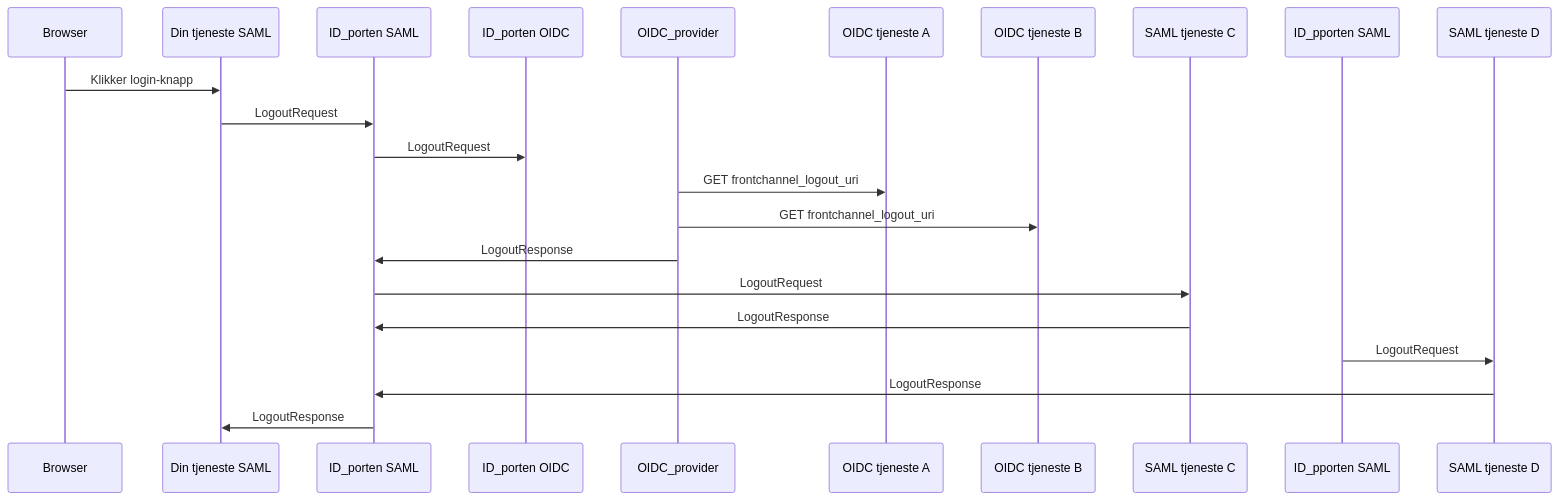
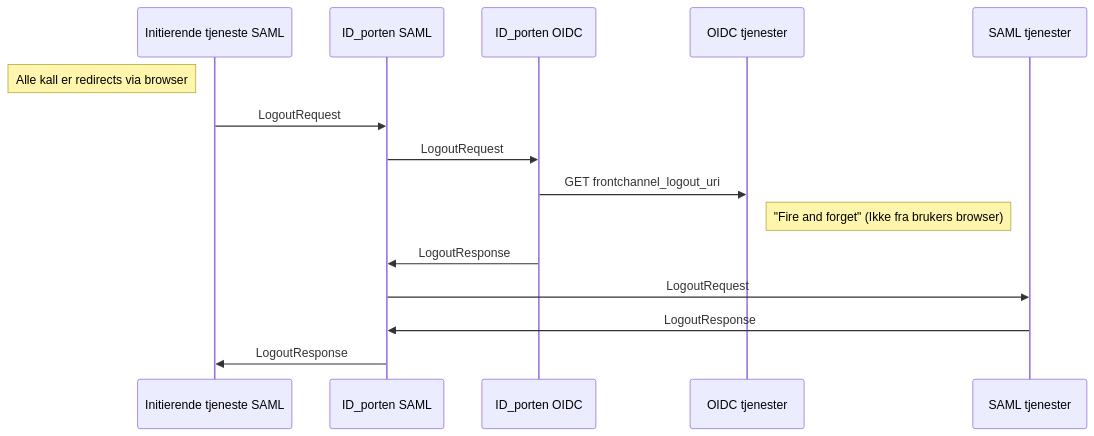
Before and after one commit to difi/idporten-oidc-dokumentasjon: the diagram in pages/oidc/oidc_func_sso.md, drawn with Mermaid. The commit also changed other lines of this file, not shown here.

Commit message:
forenkle seensdiagram

```diff
--- a/pages/oidc/oidc_func_sso.md
+++ b/pages/oidc/oidc_func_sso.md
@@ -82,15 +83,13 @@
 <div class="mermaid">
 sequenceDiagram
-  Browser ->> Din tjeneste SAML: Klikker login-knapp
-	Din tjeneste SAML ->> ID_porten SAML: LogoutRequest
+note left of Initierende tjeneste SAML: Alle kall er redirects via browser
+	Initierende tjeneste SAML ->> ID_porten SAML: LogoutRequest
 	ID_porten SAML ->> ID_porten OIDC: LogoutRequest
-	OIDC_provider ->> OIDC tjeneste A : GET frontchannel_logout_uri
-	OIDC_provider ->> OIDC tjeneste B : GET frontchannel_logout_uri
-	OIDC_provider ->> ID_porten SAML: LogoutResponse
-	ID_porten SAML ->> SAML tjeneste C: LogoutRequest
-	SAML tjeneste C ->> ID_porten SAML: LogoutResponse
-	ID_pporten SAML ->> SAML tjeneste D: LogoutRequest
-	SAML tjeneste D ->> ID_porten SAML: LogoutResponse
-	ID_porten SAML ->> Din tjeneste SAML: LogoutResponse
+	ID_porten OIDC ->> OIDC tjenester : GET frontchannel_logout_uri
+	note right of OIDC tjenester: "Fire and forget" (Ikke fra brukers browser)
+	ID_porten OIDC ->> ID_porten SAML: LogoutResponse
+	ID_porten SAML ->> SAML tjenester: LogoutRequest
+	SAML tjenester ->> ID_porten SAML: LogoutResponse
+	ID_porten SAML ->> Initierende tjeneste SAML: LogoutResponse
 
 </div>
```
